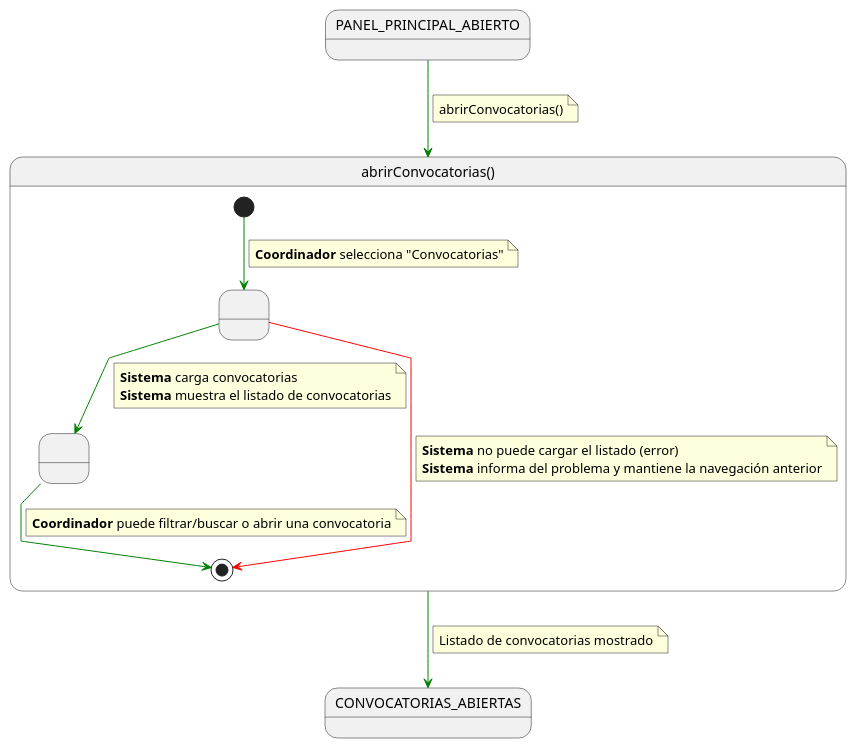
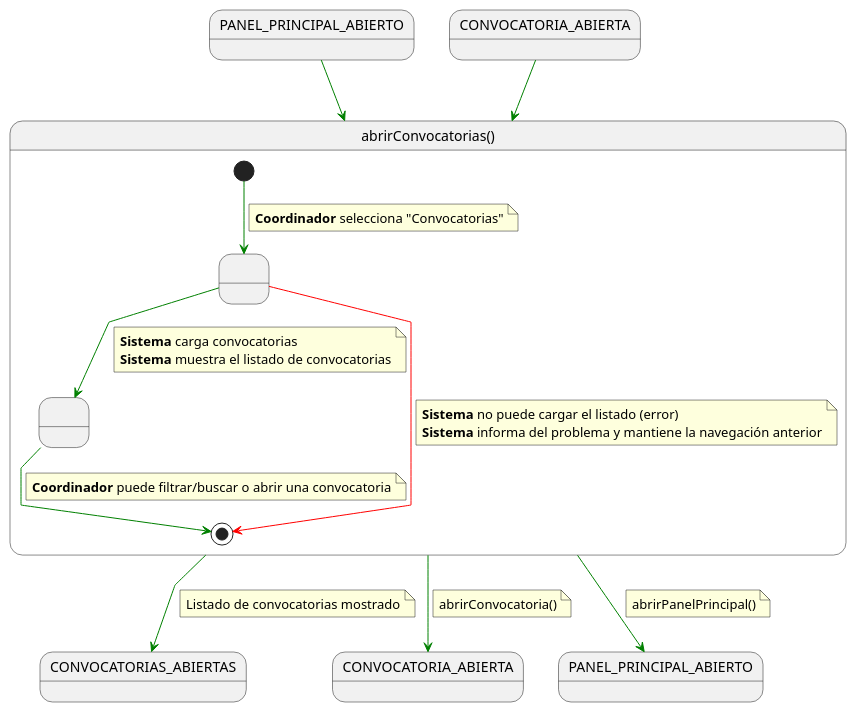
Before and after one commit to 31Diego/25-26-IdSw1-SdR: the diagram in documents/casosDeUso/detalle/coordinador/04-convocatorias/abrirConvocatorias/abrirConvocatorias.puml, drawn with PlantUML. The commit also changed 69 other files, not shown here.

```diff
--- a/documents/casosDeUso/detalle/coordinador/04-convocatorias/abrirConvocatorias/abrirConvocatorias.puml
+++ b/documents/casosDeUso/detalle/coordinador/04-convocatorias/abrirConvocatorias/abrirConvocatorias.puml
@@ -1,42 +1,53 @@
 @startuml abrirConvocatorias
 skinparam linetype polyline
+
+state in1 as "PANEL_PRINCIPAL_ABIERTO"
+in1 -[#green]-> abrirConvocatorias
+
+state in2 as "CONVOCATORIA_ABIERTA"
+in2 -[#green]-> abrirConvocatorias
 
 state abrirConvocatorias as "abrirConvocatorias()" {
 
     state " " as CargandoListado
     state " " as MostrandoConvocatorias
 
     [*] -[#green]-> CargandoListado
     note on link
     <b>Coordinador</b> selecciona "Convocatorias"
     end note
 
     CargandoListado -[#green]-> MostrandoConvocatorias
     note on link
     <b>Sistema</b> carga convocatorias
     <b>Sistema</b> muestra el listado de convocatorias
     end note
 
     CargandoListado -[#red]-> [*]
     note on link
     <b>Sistema</b> no puede cargar el listado (error)
     <b>Sistema</b> informa del problema y mantiene la navegación anterior
     end note
 
     MostrandoConvocatorias -[#green]-> [*]
     note on link
     <b>Coordinador</b> puede filtrar/buscar o abrir una convocatoria
     end note
 }
 
-PANEL_PRINCIPAL_ABIERTO -[#green]-> abrirConvocatorias
-note on link
-abrirConvocatorias()
-end note
-
 abrirConvocatorias -[#green]-> CONVOCATORIAS_ABIERTAS
 note on link
 Listado de convocatorias mostrado
 end note
 
+abrirConvocatorias -[#green]-> CONVOCATORIA_ABIERTA
+note on link
+abrirConvocatoria()
+end note
+
+abrirConvocatorias -[#green]-> PANEL_PRINCIPAL_ABIERTO
+note on link
+abrirPanelPrincipal()
+end note
+
 @enduml
```
